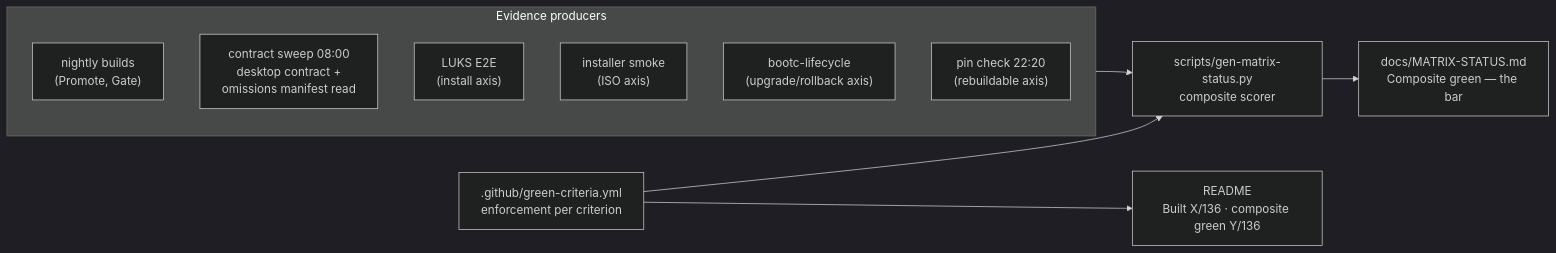
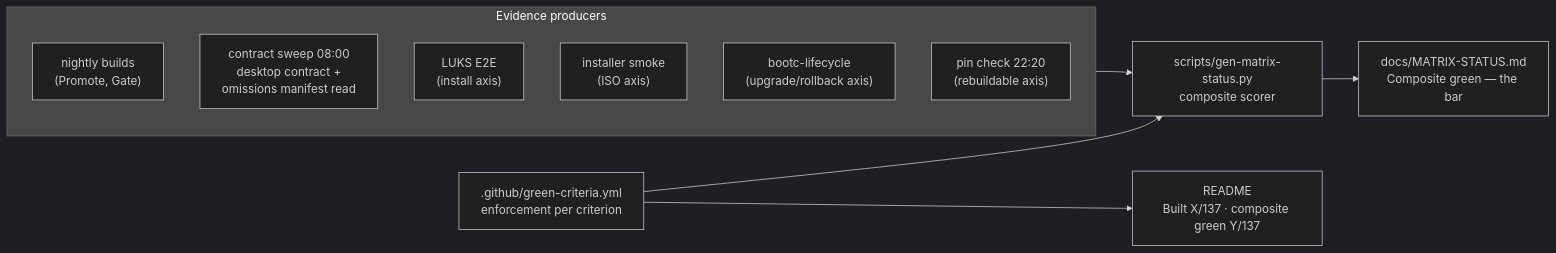
The fifth of 5 diagrams in docs/DEVELOPER-GUIDE.md (tuna-os/tunaOS), drawn with Mermaid (dark theme) before and after one commit. The commit also changed other lines of this file and 13 other files, not shown here.

````diff
--- a/docs/DEVELOPER-GUIDE.md
+++ b/docs/DEVELOPER-GUIDE.md
@@ -258,20 +258,20 @@
 ```mermaid
 flowchart LR
     subgraph evidence["Evidence producers"]
         BLD["nightly builds<br/>(Promote, Gate)"]
         SWEEP["contract sweep 08:00<br/>desktop contract +<br/>omissions manifest read"]
         LUKS["LUKS E2E<br/>(install axis)"]
         ISO["installer smoke<br/>(ISO axis)"]
         LC["bootc-lifecycle<br/>(upgrade/rollback axis)"]
         PIN["pin check 22:20<br/>(rebuildable axis)"]
     end
     CRIT[".github/green-criteria.yml<br/>enforcement per criterion"]
     GEN["scripts/gen-matrix-status.py<br/>composite scorer"]
     MS["docs/MATRIX-STATUS.md<br/>Composite green — the bar"]
-    RM["README<br/>Built X/136 · composite green Y/136"]
+    RM["README<br/>Built X/137 · composite green Y/137"]
 
     evidence --> GEN
     CRIT --> GEN
     GEN --> MS
     CRIT --> RM
 ```
````
